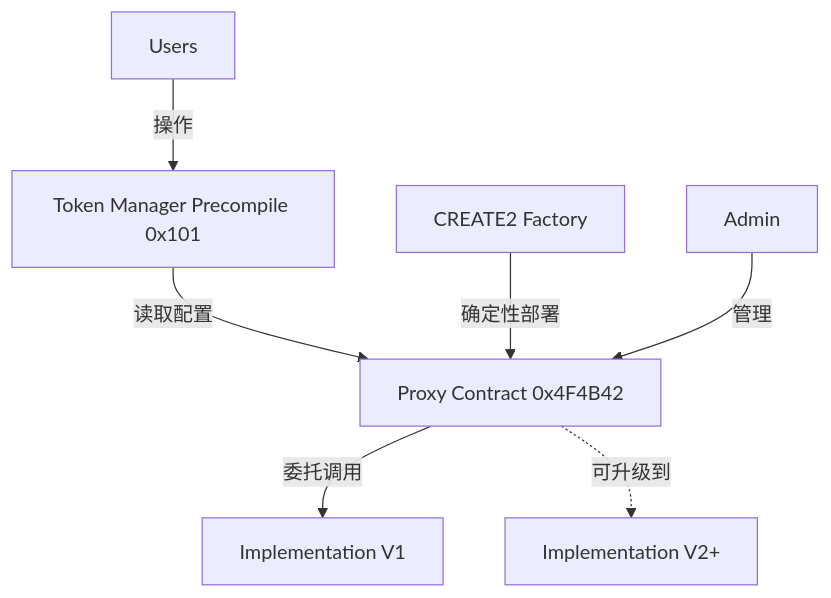
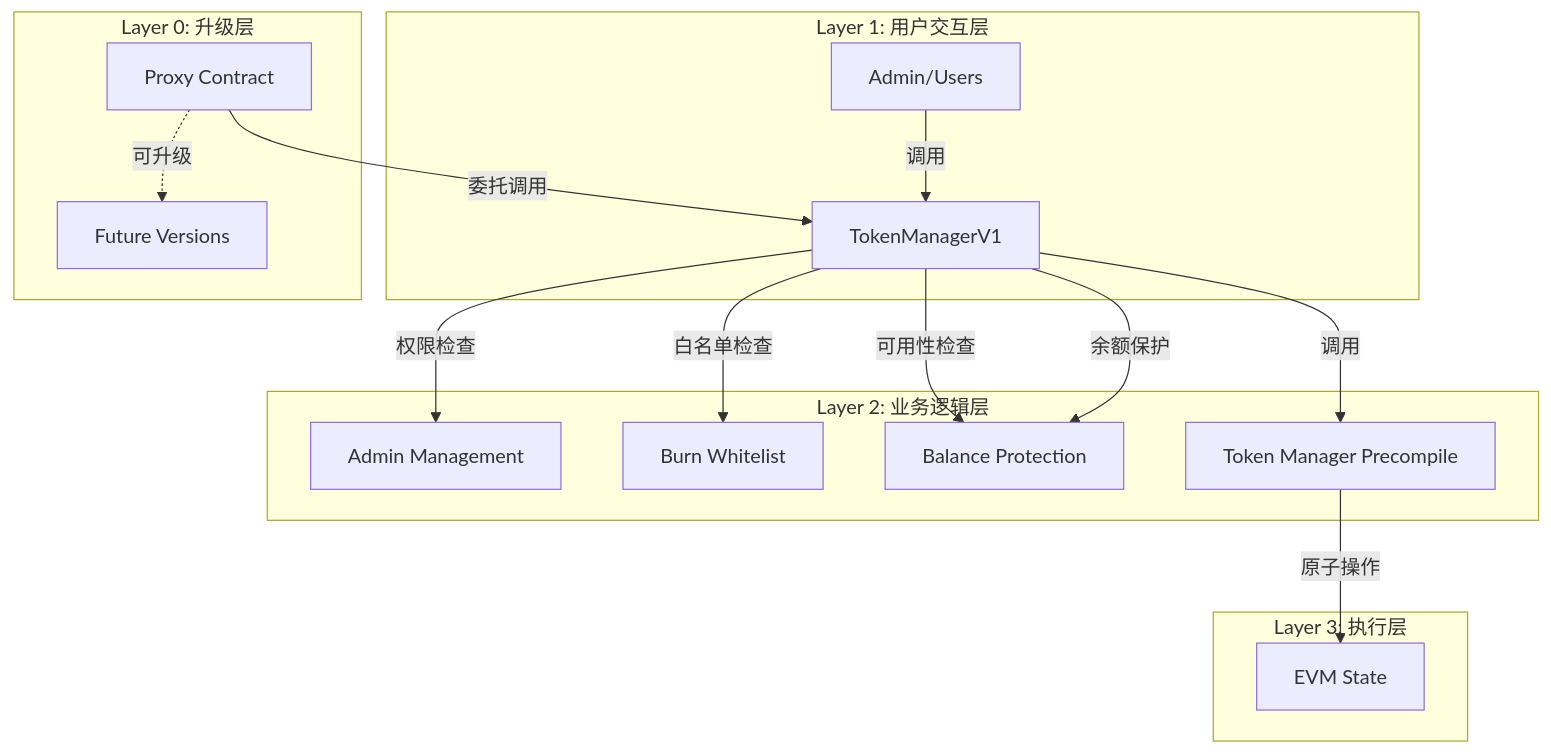
The first of 2 diagrams in docs/TokenManager_Complete_Design.md (sieniven/xlayer-erigon), drawn with Mermaid before and after one commit. The commit also changed other lines of this file and 11 other files, not shown here.

Commit message:
use solidity contract to manager gas token mint/burn process

````diff
--- a/docs/TokenManager_Complete_Design.md
+++ b/docs/TokenManager_Complete_Design.md
@@ -34,9 +43,23 @@
 ```mermaid
 graph TB
-    A[Token Manager Precompile 0x101] -->|读取配置| B[Proxy Contract 0x4F4B42]
-    B -->|委托调用| C[Implementation V1]
-    B -.->|可升级到| D[Implementation V2+]
-    E[CREATE2 Factory] -->|确定性部署| B
-    F[Admin] -->|管理| B
-    G[Users] -->|操作| A
+    subgraph "Layer 1: 用户交互层"
+        A[Admin/Users] -->|调用| B[Smart Contract]
+    end
+    
+    subgraph "Layer 2: 业务逻辑层"
+        B[TokenManagerV1] -->|权限检查| C[Admin Management]
+        B -->|白名单检查| D[Burn Whitelist]
+        B -->|可用性检查| E[Precompile Availability]
+        B -->|余额保护| E[Balance Protection]
+        B -->|调用| F[Precompile 0x8888]
+    end
+    
+    subgraph "Layer 3: 执行层"
+        F[Token Manager Precompile] -->|原子操作| G[EVM State]
+    end
+    
+    subgraph "Layer 0: 升级层"
+        H[Proxy Contract] -->|委托调用| B
+        H -.->|可升级| I[Future Versions]
+    end
 ```
````
